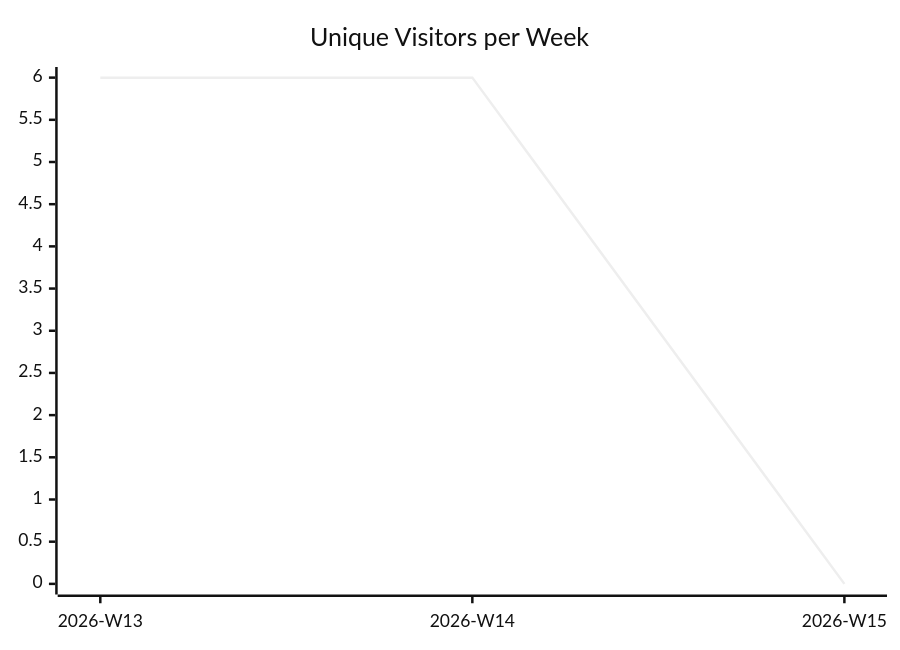
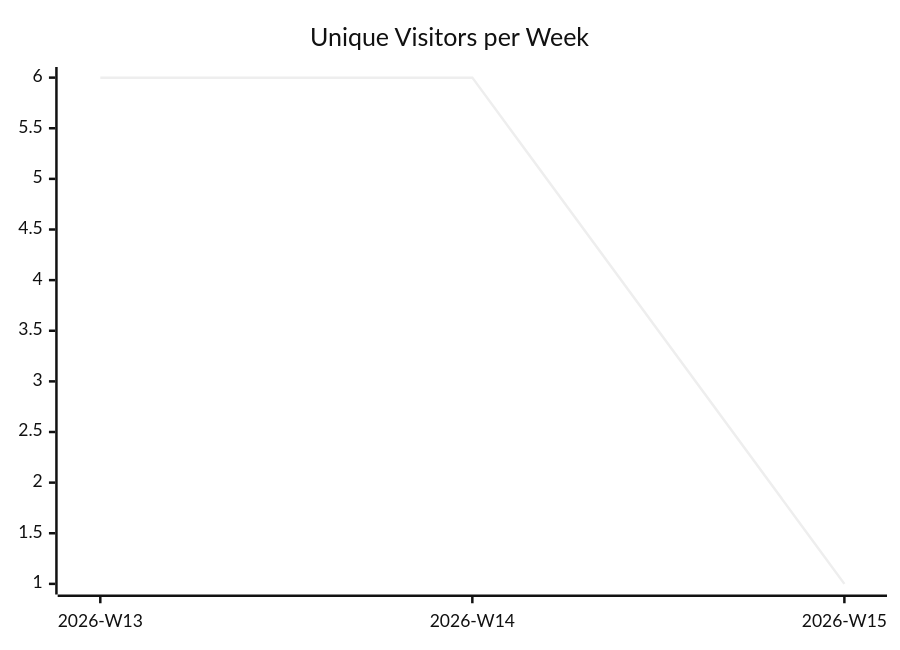
Before and after one commit to justdavis-family/github-analytics-data: the first of 3 diagrams in karlmdavis/ksoap2-android/README.md, drawn with Mermaid (neutral theme). The commit also changed other lines of this file and 174 other files, not shown here.

````diff
--- a/karlmdavis/ksoap2-android/README.md
+++ b/karlmdavis/ksoap2-android/README.md
@@ -5,6 +5,6 @@
 ```mermaid
 xychart-beta
   title "Unique Visitors per Week"
   x-axis ["2026-W13", "2026-W14", "2026-W15"]
-  line [6, 6, 0]
+  line [6, 6, 1]
 ```
````
